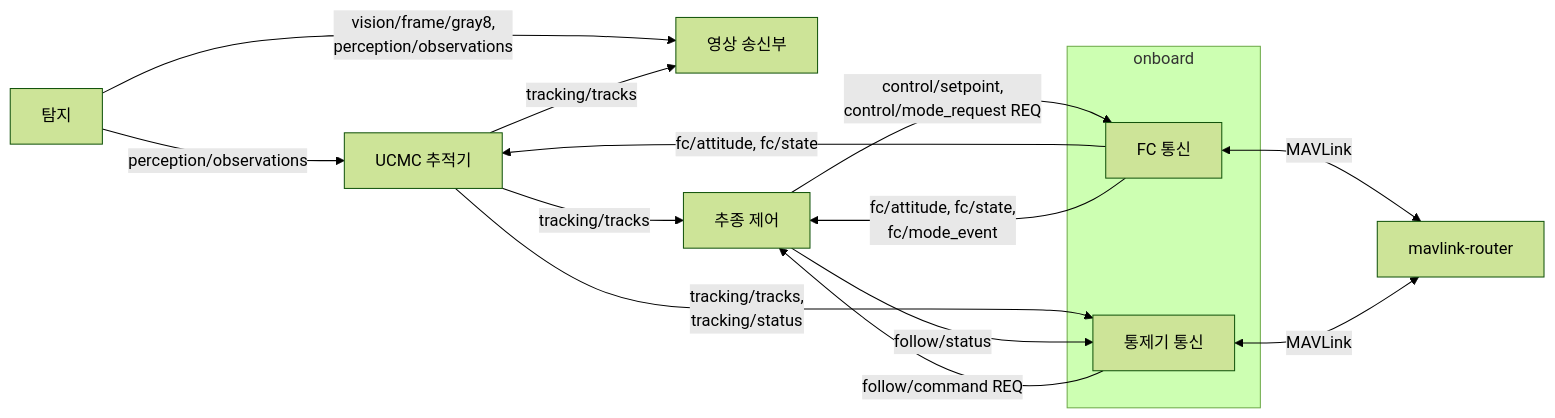
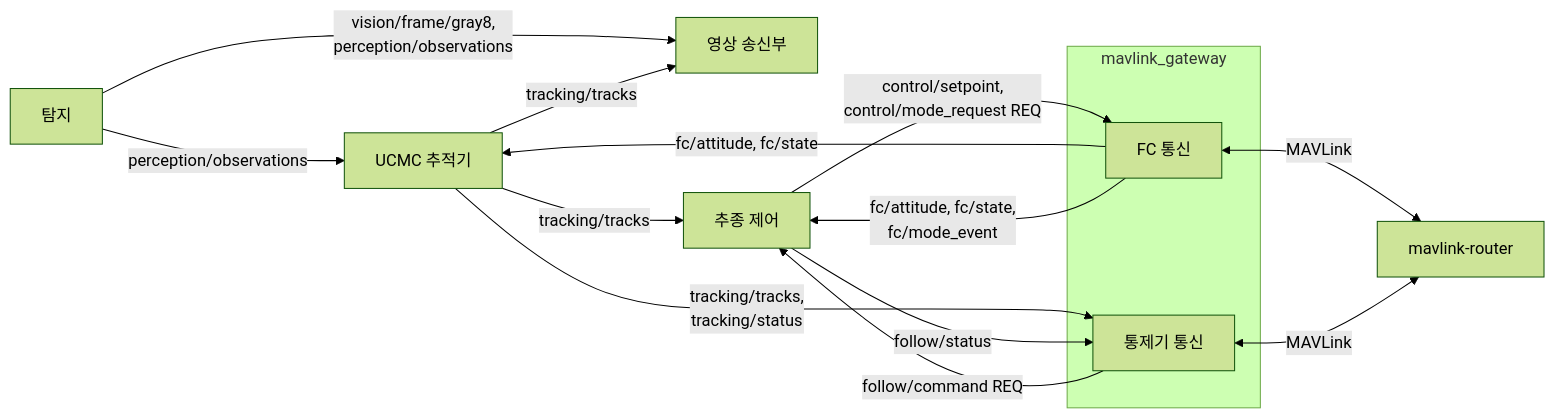
The diagram in docs/spec/process_interfaces.md (lig-argus/argus-edge-vision), drawn with Mermaid (forest theme) before and after one commit. The commit also changed other lines of this file and 44 other files, not shown here.

First line of the commit message:
refactor(onboard): FC, 통제기 통신 프로세스의 이름을 onboard 에서 mavlink_gateway 로 변경 (#83)

````diff
--- a/docs/spec/process_interfaces.md
+++ b/docs/spec/process_interfaces.md
@@ -26,19 +26,19 @@
 ```mermaid
 flowchart LR
     det[탐지] -->|perception/observations| trk[UCMC 추적기]
     det -->|vision/frame/gray8,<br>perception/observations| vtx[영상 송신부]
     trk -->|tracking/tracks| vtx
     trk -->|tracking/tracks| ctl[추종 제어]
-    subgraph onb [onboard]
+    subgraph onb [mavlink_gateway]
         fc[FC 통신]
         gcs[통제기 통신]
     end
     trk -->|tracking/tracks,<br>tracking/status| gcs
     fc -->|fc/attitude, fc/state| trk
     fc -->|fc/attitude, fc/state,<br>fc/mode_event| ctl
     ctl -->|control/setpoint,<br>control/mode_request REQ| fc
     gcs -->|follow/command REQ| ctl
     ctl -->|follow/status| gcs
     fc <-->|MAVLink| router[mavlink-router]
     gcs <-->|MAVLink| router
 ```
````
